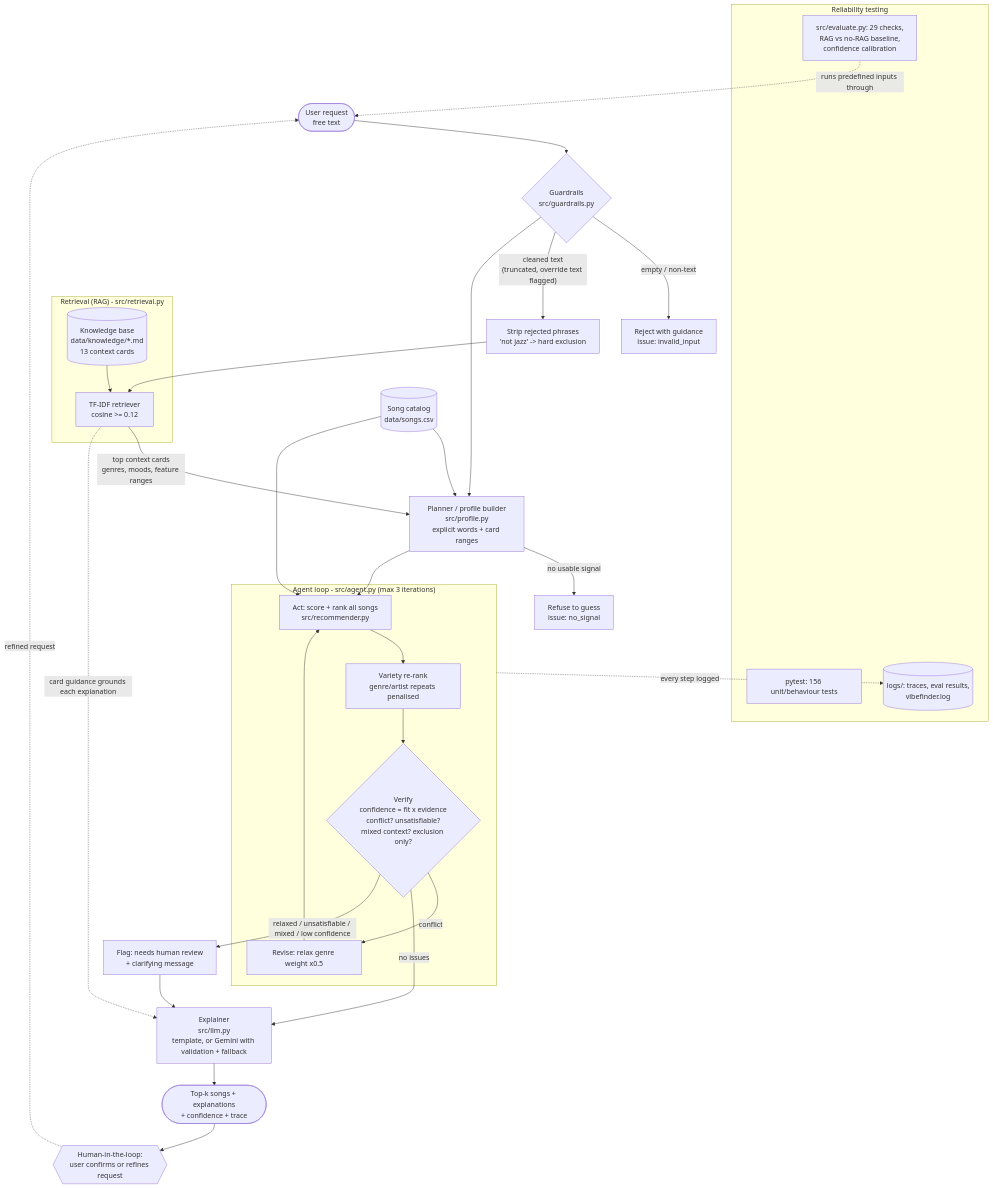
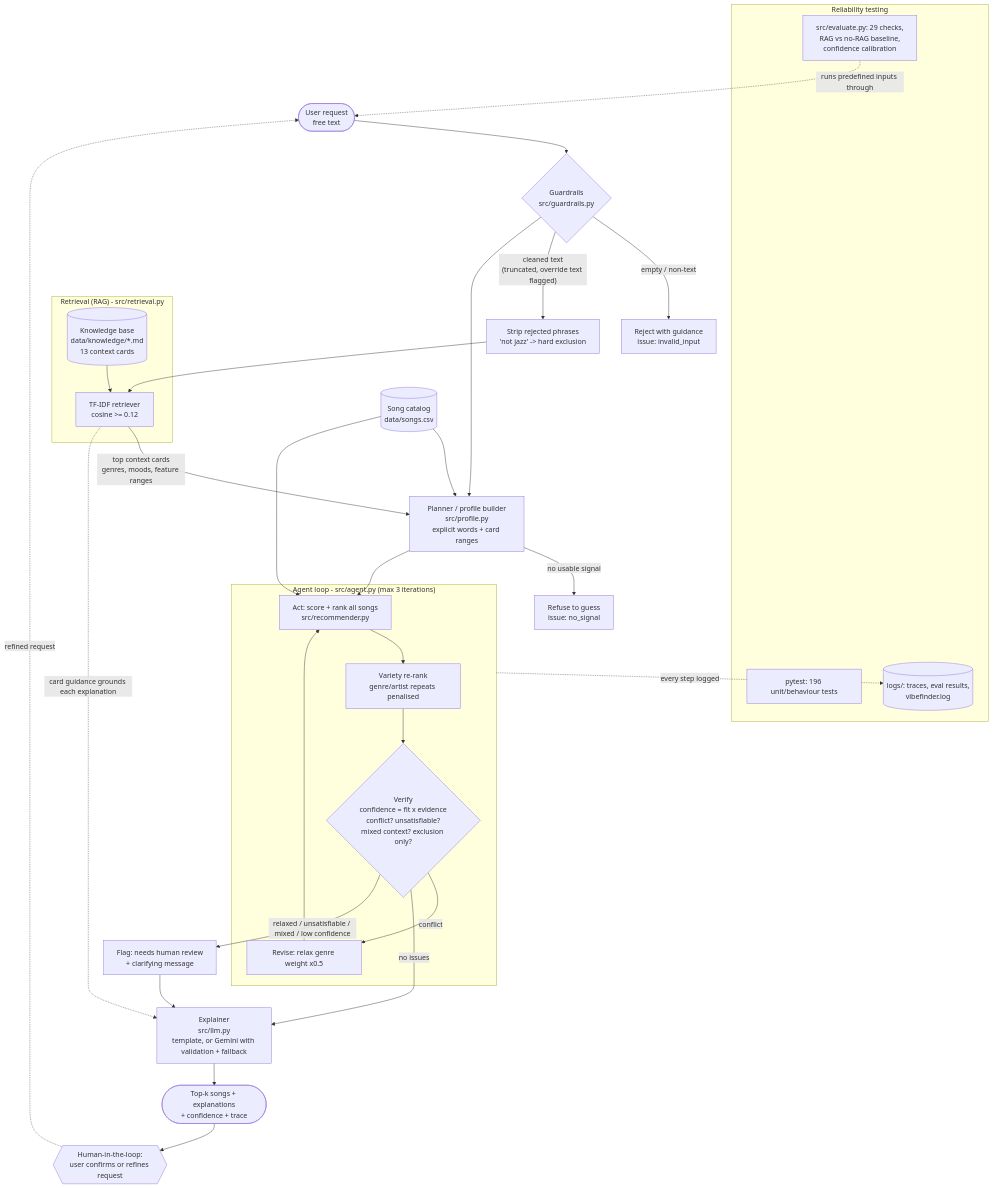
Before and after one commit to hassan47khan/applied-ai-system-project: the diagram in diagrams/architecture.md, drawn with Mermaid. The commit also changed 13 other files, not shown here.

````diff
--- a/diagrams/architecture.md
+++ b/diagrams/architecture.md
@@ -3,46 +3,46 @@
 ```mermaid
 flowchart TD
     U([User request<br/>free text]) --> G{Guardrails<br/>src/guardrails.py}
     G -- "empty / non-text" --> RJ[Reject with guidance<br/>issue: invalid_input]
     G -- "cleaned text<br/>(truncated, override text flagged)" --> NEG[Strip rejected phrases<br/>'not jazz' -> hard exclusion]
 
     subgraph RAG["Retrieval (RAG) - src/retrieval.py"]
         KB[(Knowledge base<br/>data/knowledge/*.md<br/>13 context cards)]
         R[TF-IDF retriever<br/>cosine >= 0.12]
         KB --> R
     end
     NEG --> R
 
     CAT[(Song catalog<br/>data/songs.csv)] --> P
     R -- "top context cards<br/>genres, moods, feature ranges" --> P[Planner / profile builder<br/>src/profile.py<br/>explicit words + card ranges]
     G --> P
 
     P -- "no usable signal" --> NS[Refuse to guess<br/>issue: no_signal]
 
     subgraph AGENT["Agent loop - src/agent.py (max 3 iterations)"]
         A[Act: score + rank all songs<br/>src/recommender.py]
         D[Variety re-rank<br/>genre/artist repeats penalised]
         V{Verify<br/>confidence = fit x evidence<br/>conflict? unsatisfiable?<br/>mixed context? exclusion only?}
         RV[Revise: relax genre weight x0.5]
         A --> D --> V
         V -- "conflict" --> RV --> A
     end
     P --> A
     CAT --> A
 
     V -- "no issues" --> E[Explainer<br/>src/llm.py<br/>template, or Gemini with validation + fallback]
     V -- "relaxed / unsatisfiable / mixed / low confidence" --> HR[Flag: needs human review<br/>+ clarifying message]
     HR --> E
     R -. "card guidance grounds each explanation" .-> E
     E --> OUT([Top-k songs + explanations<br/>+ confidence + trace])
     OUT --> H{{Human-in-the-loop:<br/>user confirms or refines request}}
     H -. "refined request" .-> U
 
     subgraph TESTING["Reliability testing"]
-        T1[pytest: 156 unit/behaviour tests]
+        T1[pytest: 196 unit/behaviour tests]
         T2[src/evaluate.py: 29 checks,<br/>RAG vs no-RAG baseline,<br/>confidence calibration]
         T3[(logs/: traces, eval results,<br/>vibefinder.log)]
     end
     AGENT -. "every step logged" .-> T3
     T2 -. "runs predefined inputs through" .-> U
 ```
````
